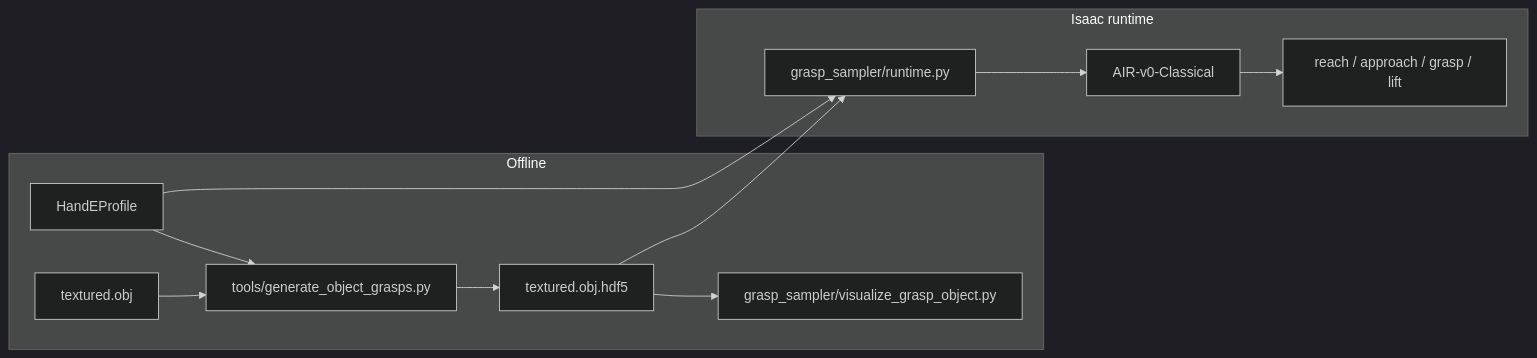
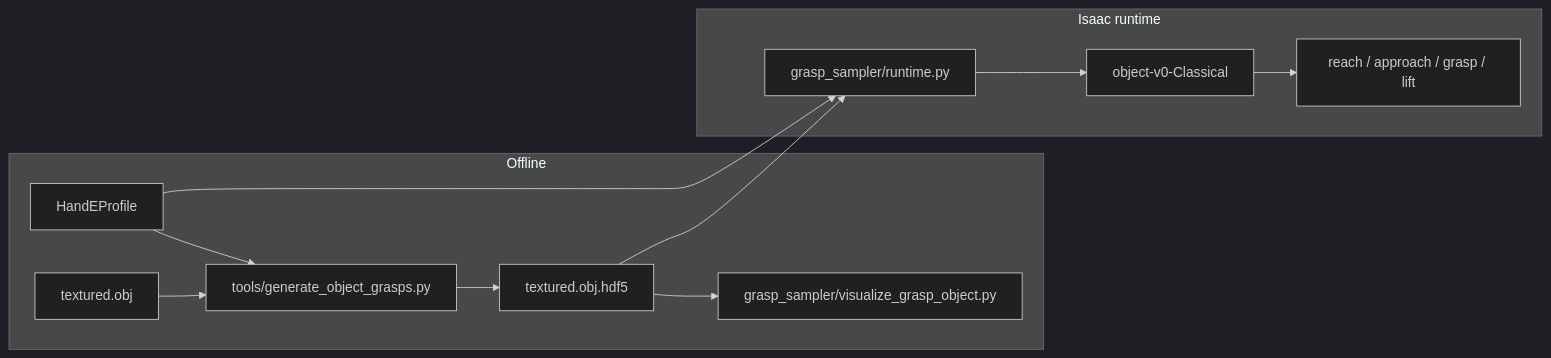
One commit to IlikeSukiyaki/MetaSQGraspnet_public changed the diagram in metagrasp/MetaIsaacGrasp/docs/classical_grasp_sampling.md. Above: the diagram before and after it, drawn with Mermaid (dark theme). The commit also changed other lines of this file and 17 other files, not shown here.

First line of the commit message:
Rename classical task to object-v0-Classical and improve grasp video logging.

````diff
--- a/metagrasp/MetaIsaacGrasp/docs/classical_grasp_sampling.md
+++ b/metagrasp/MetaIsaacGrasp/docs/classical_grasp_sampling.md
@@ -21,15 +21,15 @@
 ```mermaid
 flowchart LR
   subgraph offline [Offline]
     Mesh[textured.obj] --> Gen[tools/generate_object_grasps.py]
     Profile[HandEProfile] --> Gen
     Gen --> HDF5[textured.obj.hdf5]
     HDF5 --> Viz[grasp_sampler/visualize_grasp_object.py]
   end
   subgraph online [Isaac runtime]
     HDF5 --> Runtime[grasp_sampler/runtime.py]
     Profile --> Runtime
-    Runtime --> Task[AIR-v0-Classical]
+    Runtime --> Task[object-v0-Classical]
     Task --> SM[reach / approach / grasp / lift]
   end
 ```
````
